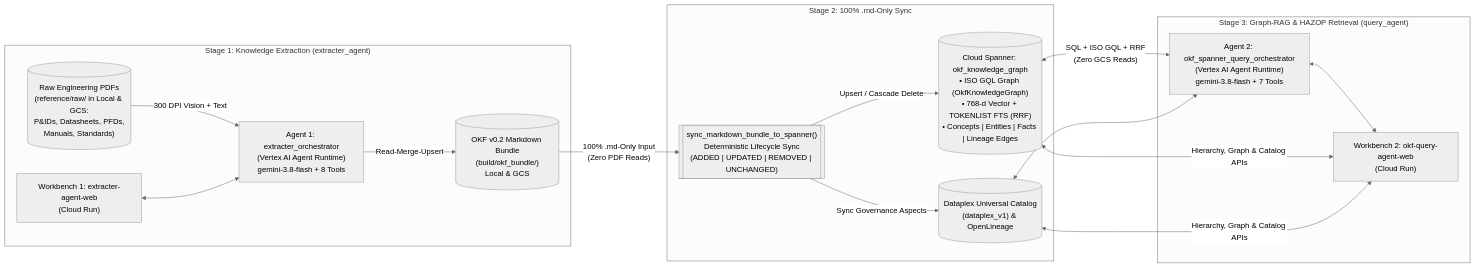
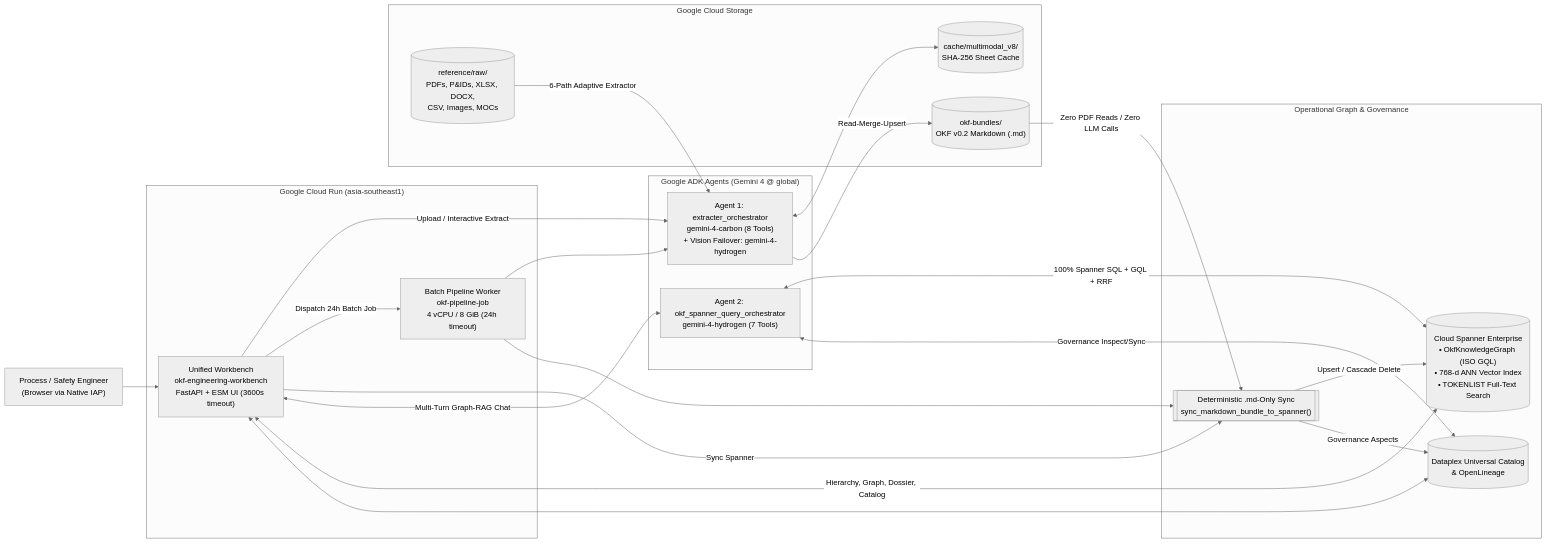
The diagram in README.md (pantana-na/engineering-kg-and-extractor), drawn with Mermaid (neutral theme) before and after one commit. The commit also changed other lines of this file, not shown here.

Commit message:
docs: rewrite README.md for Unified Workbench v2.3, Gemini 4, agents, tools, and 6-path PDF extraction

````diff
--- a/README.md
+++ b/README.md
@@ -46,33 +77,45 @@
 ```mermaid
 flowchart LR
-    subgraph Stage1["Stage 1: Knowledge Extraction (extracter_agent)"]
-        RawPDFs[("Raw Engineering PDFs\n(reference/raw/ in Local & GCS:\nP&IDs, Datasheets, PFDs,\nManuals, Standards)")]
-        ExtUI["Workbench 1: extracter-agent-web\n(Cloud Run)"]
-        ExtAgent["Agent 1: extracter_orchestrator\n(Vertex AI Agent Runtime)\ngemini-3.8-flash + 8 Tools"]
-        MdBundle[("OKF v0.2 Markdown Bundle\n(build/okf_bundle/)\nLocal & GCS")]
+    User["Process / Safety Engineer\n(Browser via Native IAP)"] --> UI
 
-        RawPDFs -->|"300 DPI Vision + Text"| ExtAgent
-        ExtUI <--> ExtAgent
-        ExtAgent -->|"Read-Merge-Upsert"| MdBundle
+    subgraph CloudRun["Google Cloud Run (asia-southeast1)"]
+        UI["Unified Workbench\nokf-engineering-workbench\nFastAPI + ESM UI (3600s timeout)"]
+        BatchJob["Batch Pipeline Worker\nokf-pipeline-job\n4 vCPU / 8 GiB (24h timeout)"]
     end
 
-    subgraph Stage2["Stage 2: 100% .md-Only Sync"]
-        SyncFn[["sync_markdown_bundle_to_spanner()\nDeterministic Lifecycle Sync\n(ADDED | UPDATED | REMOVED | UNCHANGED)"]]
-        Spanner[("Cloud Spanner: okf_knowledge_graph\n• ISO GQL Graph (OkfKnowledgeGraph)\n• 768-d Vector + TOKENLIST FTS (RRF)\n• Concepts | Entities | Facts | Lineage Edges")]
-        Dataplex[("Dataplex Universal Catalog\n(dataplex_v1) & OpenLineage")]
-
-        MdBundle -->|"100% .md-Only Input\n(Zero PDF Reads)"| SyncFn
-        SyncFn -->|"Upsert / Cascade Delete"| Spanner
-        SyncFn -->|"Sync Governance Aspects"| Dataplex
+    subgraph Storage["Google Cloud Storage"]
+        RawDocs[("reference/raw/\nPDFs, P&IDs, XLSX, DOCX,\nCSV, Images, MOCs")]
+        VisionCache[("cache/multimodal_v8/\nSHA-256 Sheet Cache")]
+        MdBundle[("okf-bundles/\nOKF v0.2 Markdown (.md)")]
     end
 
-    subgraph Stage3["Stage 3: Graph-RAG & HAZOP Retrieval (query_agent)"]
-        QueryAgent["Agent 2: okf_spanner_query_orchestrator\n(Vertex AI Agent Runtime)\ngemini-3.8-flash + 7 Tools"]
-        QueryUI["Workbench 2: okf-query-agent-web\n(Cloud Run)"]
+    subgraph Agents["Google ADK Agents (Gemini 4 @ global)"]
+        ExtAgent["Agent 1: extracter_orchestrator\ngemini-4-carbon (8 Tools)\n+ Vision Failover: gemini-4-hydrogen"]
+        QueryAgent["Agent 2: okf_spanner_query_orchestrator\ngemini-4-hydrogen (7 Tools)"]
+    end
 
-        Spanner <-->|"SQL + ISO GQL + RRF\n(Zero GCS Reads)"| QueryAgent
-        Dataplex <--> QueryAgent
-        QueryAgent <--> QueryUI
-        Spanner & Dataplex <-->|"Hierarchy, Graph & Catalog APIs"| QueryUI
+    subgraph KnowledgeStore["Operational Graph & Governance"]
+        SyncBridge[["Deterministic .md-Only Sync\nsync_markdown_bundle_to_spanner()"]]
+        Spanner[("Cloud Spanner Enterprise\n• OkfKnowledgeGraph (ISO GQL)\n• 768-d ANN Vector Index\n• TOKENLIST Full-Text Search")]
+        Dataplex[("Dataplex Universal Catalog\n& OpenLineage")]
     end
+
+    UI -->|"Upload / Interactive Extract"| ExtAgent
+    UI -->|"Dispatch 24h Batch Job"| BatchJob
+    BatchJob --> ExtAgent
+    RawDocs -->|"6-Path Adaptive Extractor"| ExtAgent
+    ExtAgent <--> VisionCache
+    ExtAgent -->|"Read-Merge-Upsert"| MdBundle
+
+    MdBundle -->|"Zero PDF Reads / Zero LLM Calls"| SyncBridge
+    BatchJob --> SyncBridge
+    UI -->|"Sync Spanner"| SyncBridge
+    SyncBridge -->|"Upsert / Cascade Delete"| Spanner
+    SyncBridge -->|"Governance Aspects"| Dataplex
+
+    UI <-->|"Multi-Turn Graph-RAG Chat"| QueryAgent
+    QueryAgent <-->|"100% Spanner SQL + GQL + RRF"| Spanner
+    QueryAgent <-->|"Governance Inspect/Sync"| Dataplex
+    UI <-->|"Hierarchy, Graph, Dossier, Catalog"| Spanner
+    UI <--> Dataplex
 ```
````
